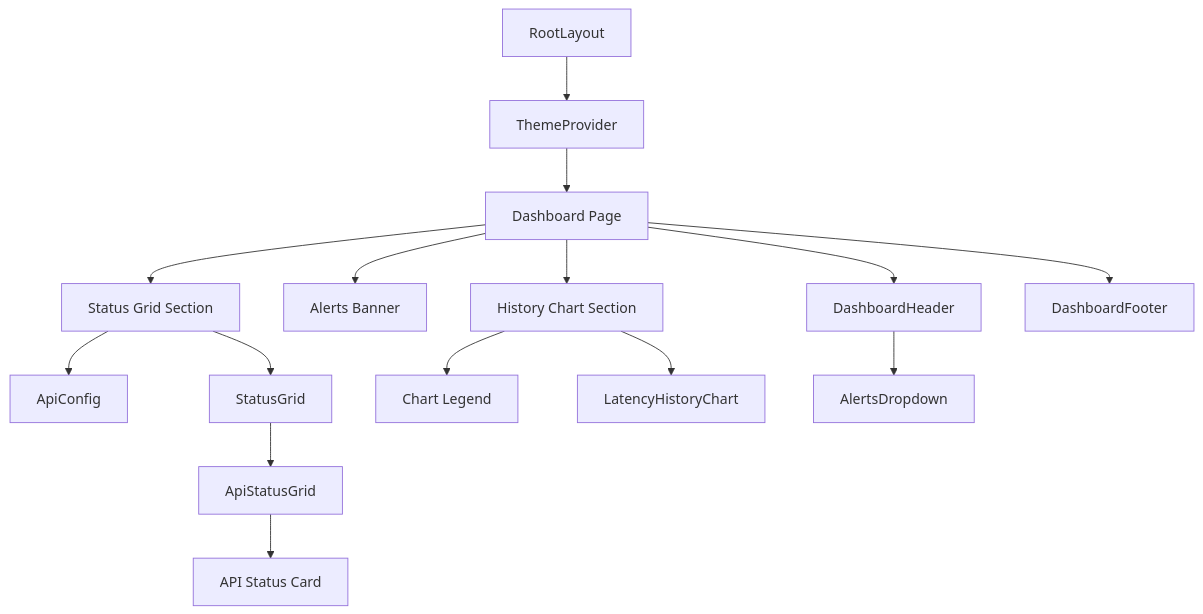
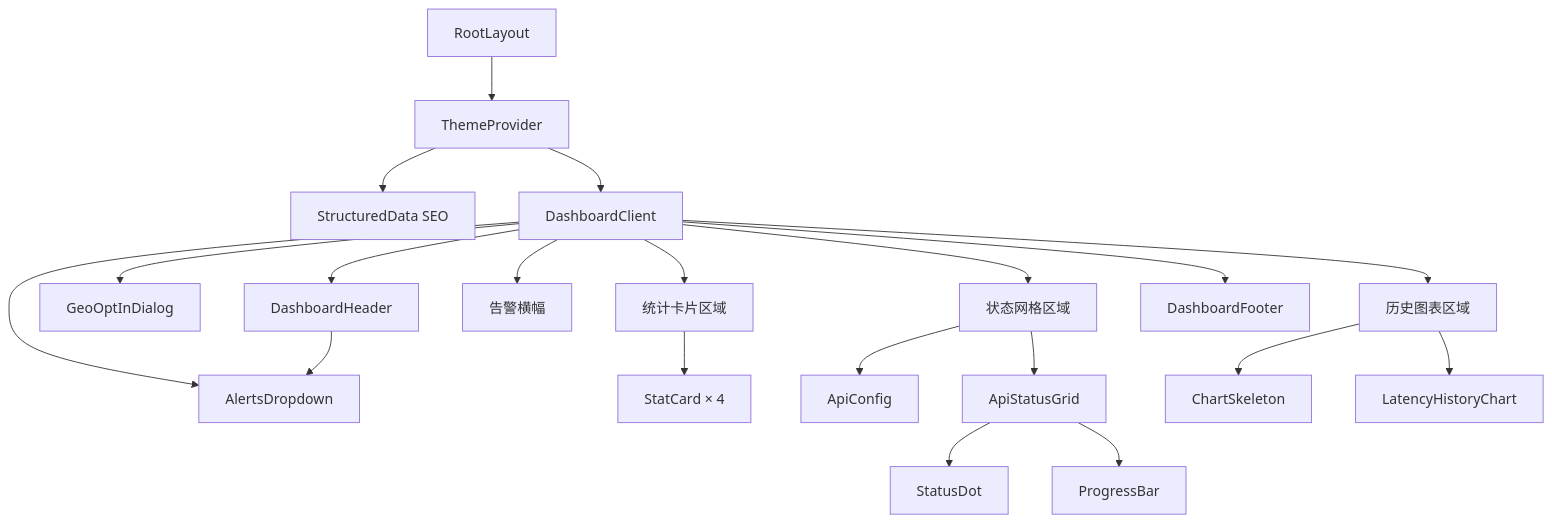
Before and after one commit to AjaCHN/LLM-API-Sentinel: the second of 13 diagrams in openspec/architecture.md, drawn with Mermaid. The commit also changed other lines of this file and 13 other files, not shown here.

````diff
--- a/openspec/architecture.md
+++ b/openspec/architecture.md
@@ -67,21 +67,27 @@
 ```mermaid
 graph TD
     RootLayout[RootLayout] --> ThemeProvider[ThemeProvider]
-    ThemeProvider --> Dashboard[Dashboard Page]
+    ThemeProvider --> StructuredData[StructuredData SEO]
+    ThemeProvider --> DashboardClient[DashboardClient]
     
-    Dashboard --> DashboardHeader[DashboardHeader]
-    Dashboard --> AlertsBanner[Alerts Banner]
-    Dashboard --> StatusGridSection[Status Grid Section]
-    Dashboard --> HistoryChartSection[History Chart Section]
-    Dashboard --> DashboardFooter[DashboardFooter]
+    DashboardClient --> DashboardHeader[DashboardHeader]
+    DashboardClient --> GeoOptInDialog[GeoOptInDialog]
+    DashboardClient --> AlertsDropdown[AlertsDropdown Dialog]
+    DashboardClient --> StatCardSection[统计卡片区域]
+    DashboardClient --> AlertsBanner[告警横幅]
+    DashboardClient --> StatusGridSection[状态网格区域]
+    DashboardClient --> HistoryChartSection[历史图表区域]
+    DashboardClient --> DashboardFooter[DashboardFooter]
+    
+    StatCardSection --> StatCard[StatCard × 4]
     
     StatusGridSection --> ApiConfig[ApiConfig]
-    StatusGridSection --> StatusGrid[StatusGrid]
-    StatusGrid --> ApiStatusGrid[ApiStatusGrid]
-    ApiStatusGrid --> ApiCard[API Status Card]
+    StatusGridSection --> ApiStatusGrid[ApiStatusGrid]
+    ApiStatusGrid --> StatusDot[StatusDot]
+    ApiStatusGrid --> ProgressBar[ProgressBar]
     
-    HistoryChartSection --> ChartLegend[Chart Legend]
+    HistoryChartSection --> ChartSkeleton[ChartSkeleton]
     HistoryChartSection --> LatencyHistoryChart[LatencyHistoryChart]
     
     DashboardHeader --> AlertsDropdown[AlertsDropdown]
 ```
````
